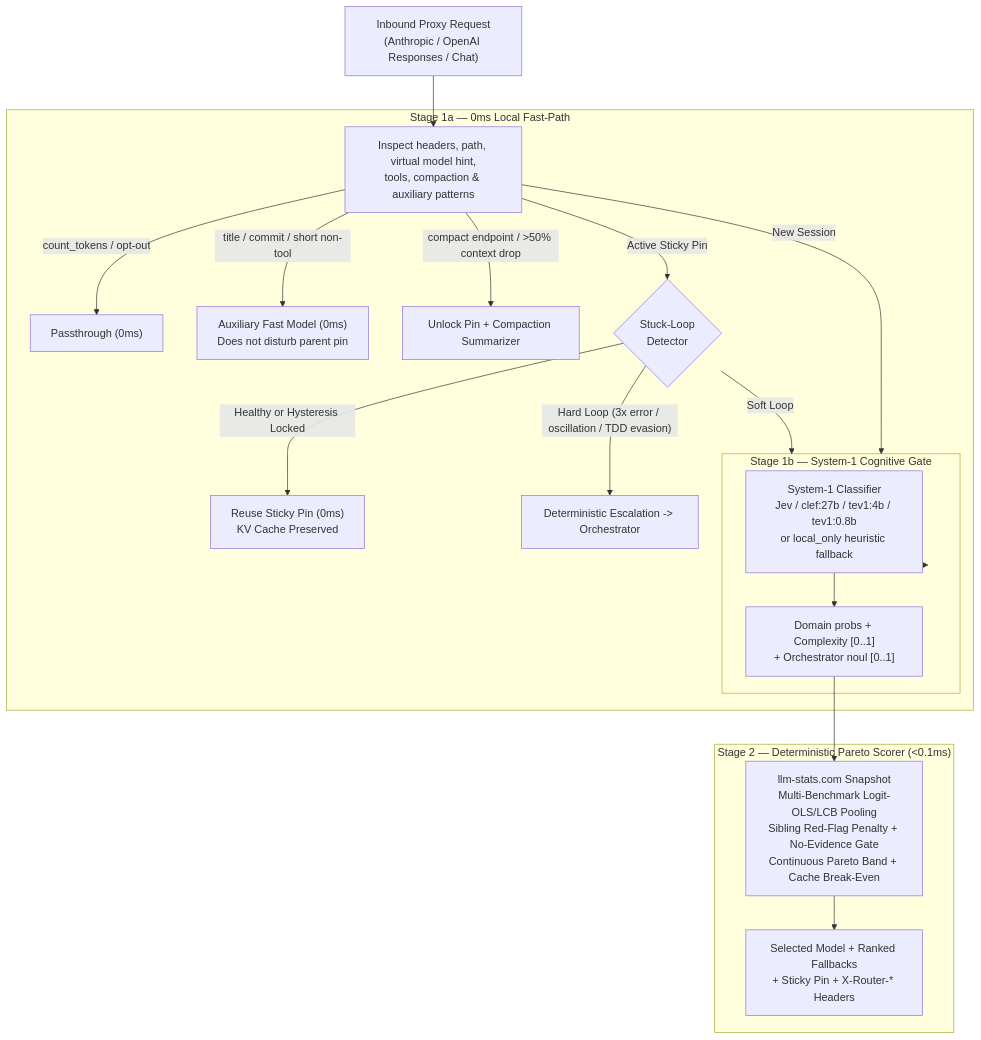
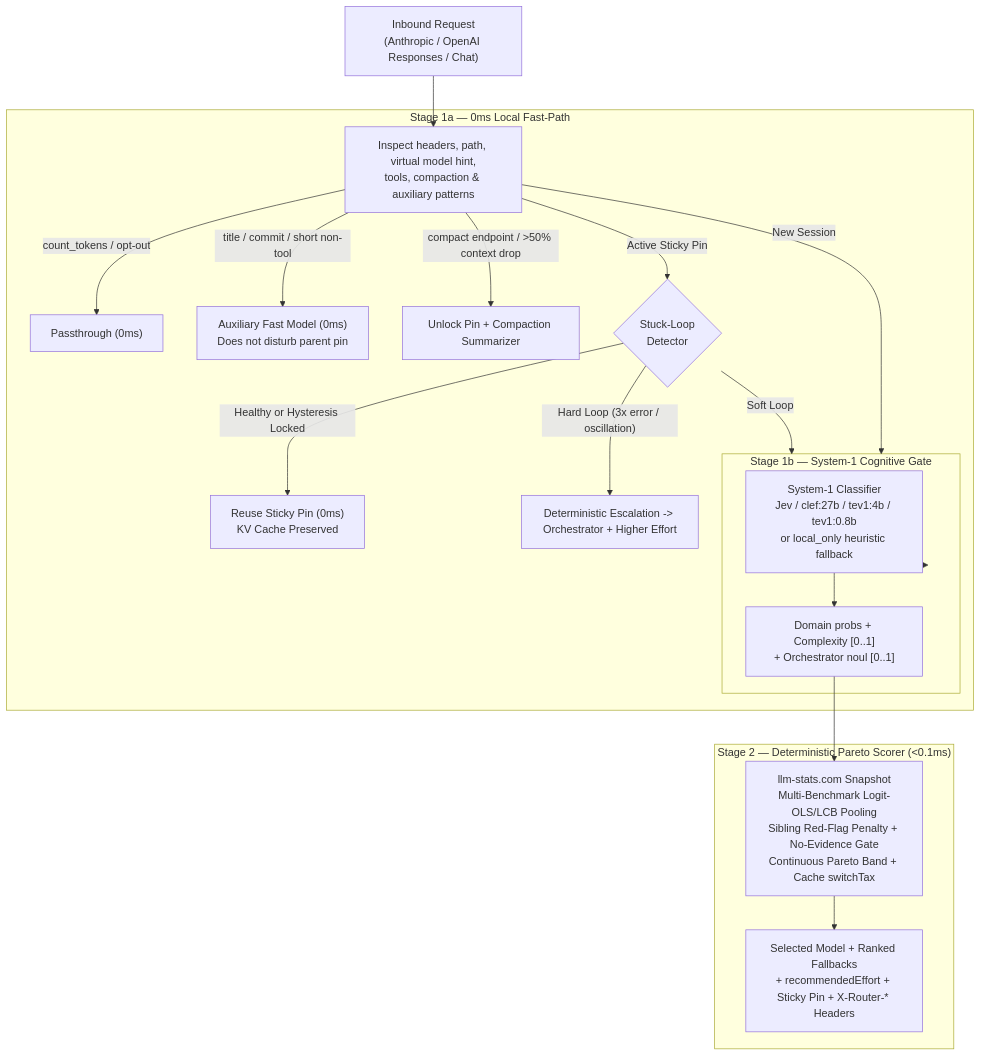
One commit to Verrat0/s1gate changed the diagram in README.md. Above: the diagram before and after it, drawn with Mermaid. The commit also changed other lines of this file and 24 other files, not shown here.

First line of the commit message:
feat: add public eval, demo replay, recommendedEffort, and createRoutingFetch

````diff
--- a/README.md
+++ b/README.md
@@ -25,27 +53,27 @@
 ```mermaid
 flowchart TD
-    Req["Inbound Proxy Request<br/>(Anthropic / OpenAI Responses / Chat)"] --> FastPath
+    Req["Inbound Request<br/>(Anthropic / OpenAI Responses / Chat)"] --> FastPath
 
     subgraph Stage1a["Stage 1a — 0ms Local Fast-Path"]
         FastPath["Inspect headers, path, virtual model hint,<br/>tools, compaction & auxiliary patterns"]
         FastPath -->|"count_tokens / opt-out"| Pass["Passthrough (0ms)"]
         FastPath -->|"title / commit / short non-tool"| Aux["Auxiliary Fast Model (0ms)<br/>Does not disturb parent pin"]
         FastPath -->|"compact endpoint / >50% context drop"| Compact["Unlock Pin + Compaction Summarizer"]
         FastPath -->|"Active Sticky Pin"| Ratchet{"Stuck-Loop<br/>Detector"}
         Ratchet -->|"Healthy or Hysteresis Locked"| PinReuse["Reuse Sticky Pin (0ms)<br/>KV Cache Preserved"]
-        Ratchet -->|"Hard Loop (3x error / oscillation / TDD evasion)"| HardEsc["Deterministic Escalation -> Orchestrator"]
+        Ratchet -->|"Hard Loop (3x error / oscillation)"| HardEsc["Deterministic Escalation -> Orchestrator + Higher Effort"]
         Ratchet -->|"Soft Loop"| Stage1b
         FastPath -->|"New Session"| Stage1b
     end
 
     subgraph Stage1b["Stage 1b — System-1 Cognitive Gate"]
         Stage1b["Redacted Routing Envelope<br/>(secrets, PII, code blocks stripped)"]
         Stage1b --> Clf["System-1 Classifier<br/>Jev / clef:27b / tev1:4b / tev1:0.8b<br/>or local_only heuristic fallback"]
         Clf --> Signals["Domain probs + Complexity [0..1]<br/>+ Orchestrator noul [0..1]"]
     end
 
     subgraph Stage2["Stage 2 — Deterministic Pareto Scorer (<0.1ms)"]
-        Signals --> Scorer["llm-stats.com Snapshot<br/>Multi-Benchmark Logit-OLS/LCB Pooling<br/>Sibling Red-Flag Penalty + No-Evidence Gate<br/>Continuous Pareto Band + Cache Break-Even"]
-        Scorer --> Decision["Selected Model + Ranked Fallbacks<br/>+ Sticky Pin + X-Router-* Headers"]
+        Signals --> Scorer["llm-stats.com Snapshot<br/>Multi-Benchmark Logit-OLS/LCB Pooling<br/>Sibling Red-Flag Penalty + No-Evidence Gate<br/>Continuous Pareto Band + Cache switchTax"]
+        Scorer --> Decision["Selected Model + Ranked Fallbacks<br/>+ recommendedEffort + Sticky Pin + X-Router-* Headers"]
     end
 ```
````
